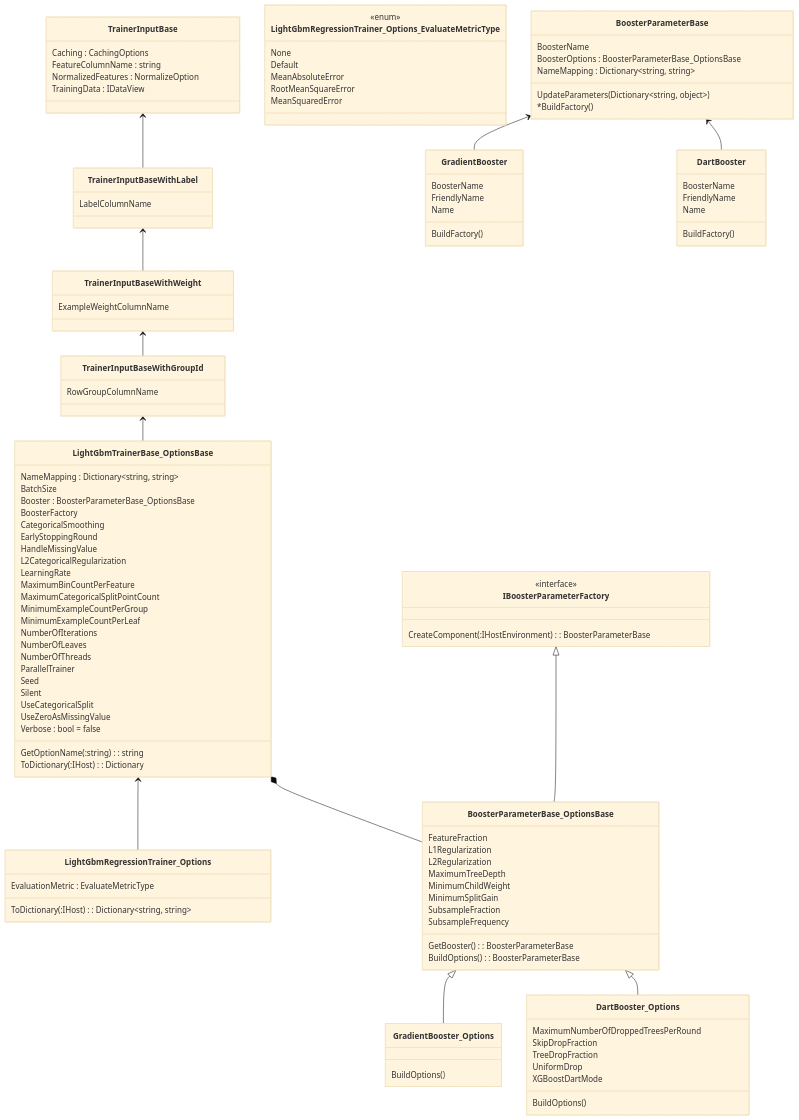
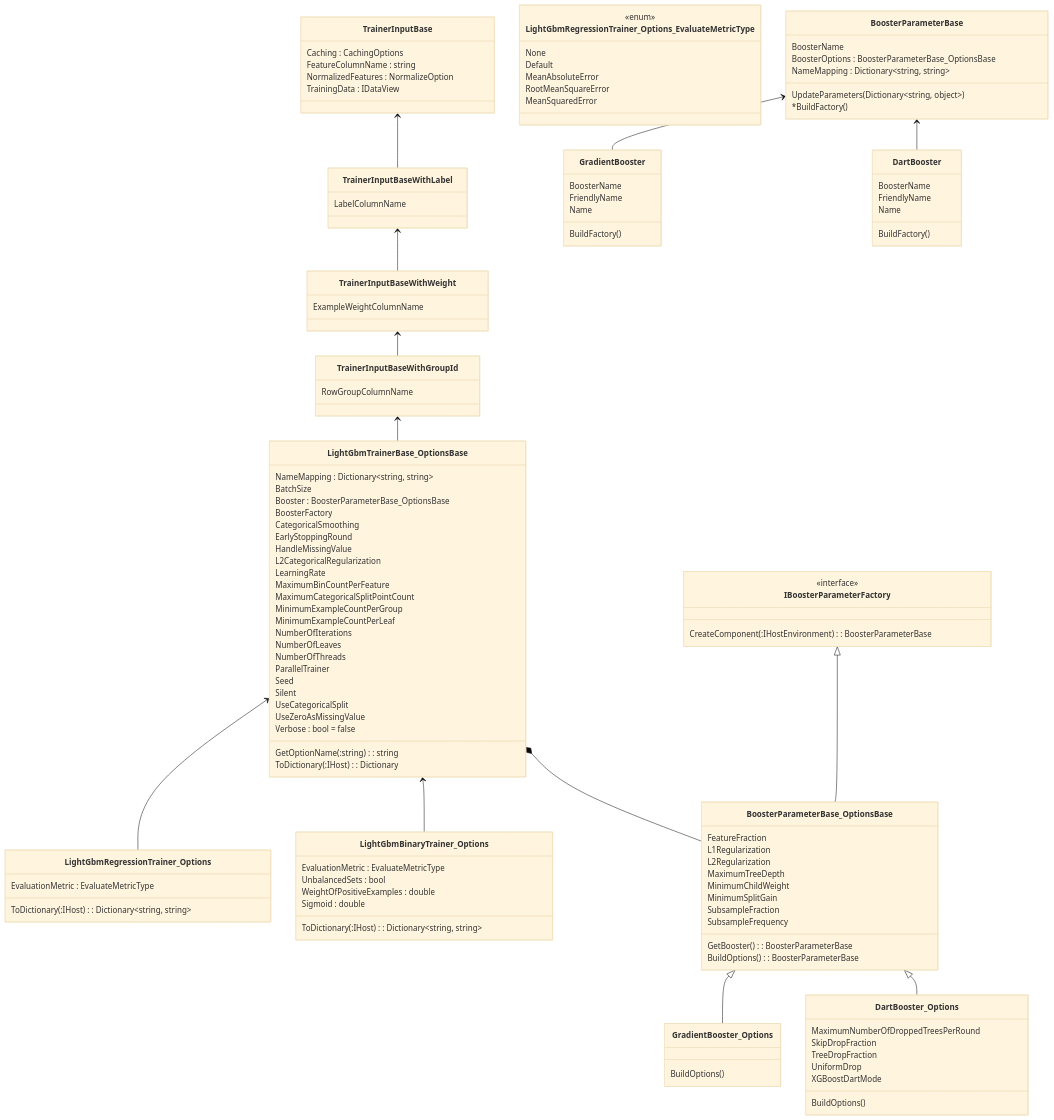
One commit to rgesteve/mlnetarchdiagrams changed the diagram in class_traineroptions.mmd. Above: the diagram before and after it, drawn with Mermaid (base theme).

Commit message:
Adding more task-specific options

```diff
--- a/class_traineroptions.mmd
+++ b/class_traineroptions.mmd
@@ -1,116 +1,125 @@
 classDiagram 
 class LightGbmTrainerBase_OptionsBase {
   NameMapping : Dictionary~string, string~
   BatchSize
   Booster : BoosterParameterBase_OptionsBase
   BoosterFactory
   CategoricalSmoothing
   EarlyStoppingRound
   HandleMissingValue
   L2CategoricalRegularization
   LearningRate 
   MaximumBinCountPerFeature 
   MaximumCategoricalSplitPointCount
   MinimumExampleCountPerGroup
   MinimumExampleCountPerLeaf 
   NumberOfIterations 
   NumberOfLeaves 
   NumberOfThreads 
   ParallelTrainer 
   Seed 
   Silent 
   UseCategoricalSplit 
   UseZeroAsMissingValue 
   Verbose : bool = false
   GetOptionName(:string) : string
   ToDictionary(:IHost) : Dictionary<string, string>
 }
 class TrainerInputBaseWithGroupId {
   RowGroupColumnName
 }
 class TrainerInputBaseWithWeight {
   ExampleWeightColumnName
 }
 class TrainerInputBaseWithLabel {
   LabelColumnName
 }
 class TrainerInputBase {
     Caching : CachingOptions
     FeatureColumnName : string
     NormalizedFeatures : NormalizeOption
     TrainingData : IDataView
 }
 TrainerInputBaseWithGroupId <-- LightGbmTrainerBase_OptionsBase
 TrainerInputBaseWithWeight <-- TrainerInputBaseWithGroupId
 TrainerInputBaseWithLabel <-- TrainerInputBaseWithWeight
 TrainerInputBase <-- TrainerInputBaseWithLabel
 
 class LightGbmRegressionTrainer_Options {
   EvaluationMetric : EvaluateMetricType
   ToDictionary(:IHost) : Dictionary~string, string~
 }
 class LightGbmRegressionTrainer_Options_EvaluateMetricType {
   None 
   Default 
   MeanAbsoluteError 
   RootMeanSquareError 
   MeanSquaredError
 }
 <<enum>> LightGbmRegressionTrainer_Options_EvaluateMetricType
 
+class LightGbmBinaryTrainer_Options {
+  EvaluationMetric : EvaluateMetricType
+  UnbalancedSets : bool
+  WeightOfPositiveExamples : double
+  Sigmoid : double
+  ToDictionary(:IHost) : Dictionary~string, string~
+}
+
 LightGbmTrainerBase_OptionsBase <-- LightGbmRegressionTrainer_Options
+LightGbmTrainerBase_OptionsBase <-- LightGbmBinaryTrainer_Options
 
 class BoosterParameterBase_OptionsBase {
     FeatureFraction
     L1Regularization 
     L2Regularization 
     MaximumTreeDepth 
     MinimumChildWeight 
     MinimumSplitGain 
     SubsampleFraction 
     SubsampleFrequency
     GetBooster() : BoosterParameterBase
     BuildOptions() : BoosterParameterBase
 }
 class GradientBooster_Options {
   BuildOptions()
 }
 class DartBooster_Options {
   MaximumNumberOfDroppedTreesPerRound
   SkipDropFraction
   TreeDropFraction
   UniformDrop
   XGBoostDartMode
   BuildOptions()
 }
 class IBoosterParameterFactory {
    CreateComponent(:IHostEnvironment) : BoosterParameterBase
 }
 <<interface>> IBoosterParameterFactory
 IBoosterParameterFactory <|-- BoosterParameterBase_OptionsBase
 BoosterParameterBase_OptionsBase <|-- GradientBooster_Options
 BoosterParameterBase_OptionsBase <|-- DartBooster_Options
 
 LightGbmTrainerBase_OptionsBase *-- BoosterParameterBase_OptionsBase
 
 class BoosterParameterBase {
     BoosterName
     BoosterOptions : BoosterParameterBase_OptionsBase
     NameMapping : Dictionary~string, string~
     UpdateParameters(Dictionary~string, object~)
     *BuildFactory()
 }
 class GradientBooster {
     BoosterName
     FriendlyName
     Name
     BuildFactory()
 }
 class DartBooster {
     BoosterName
     FriendlyName
     Name
     BuildFactory()
 }
 BoosterParameterBase <-- GradientBooster
 BoosterParameterBase <-- DartBooster
```
